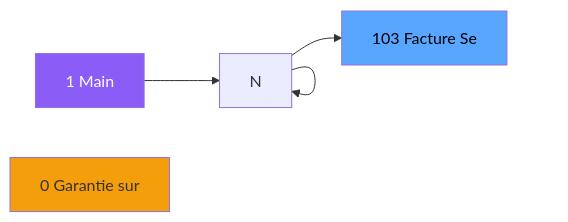
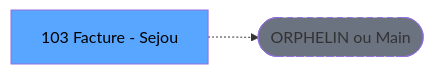
The second of 3 diagrams in .openspec/specs/ADH-IDE-103.md (thonyAGP/lecteur-magic), drawn with Mermaid before and after one commit. The commit also changed other lines of this file and 701 other files, not shown here.

````diff
--- a/.openspec/specs/ADH-IDE-103.md
+++ b/.openspec/specs/ADH-IDE-103.md
@@ -117,13 +123,8 @@
 ```mermaid
 graph LR
-    M[1 Main]
-    N0[0 Garantie sur]
-    T[103 Facture   Se]
-    M --> N
-    N --> N
-    N --> N
-    N --> T
-    style M fill:#8b5cf6,color:#fff
-    style N0 fill:#f59e0b
+    T[103 Facture - Sejou]
+    ORPHAN([ORPHELIN ou Main])
+    T -.-> ORPHAN
     style T fill:#58a6ff,color:#000
+    style ORPHAN fill:#6b7280,stroke-dasharray: 5 5
 ```
````
